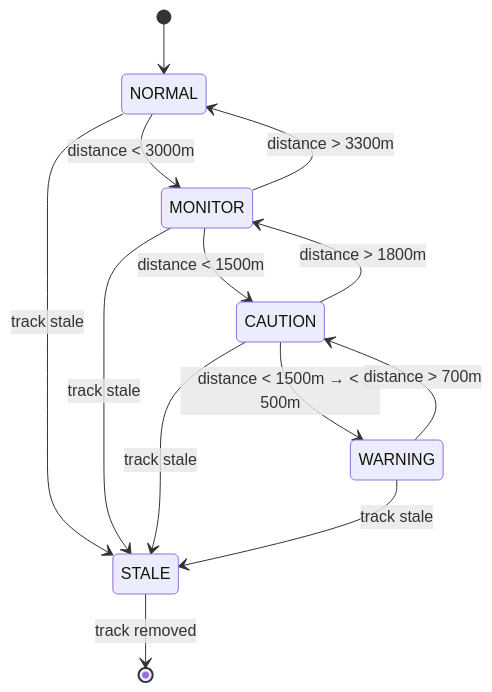
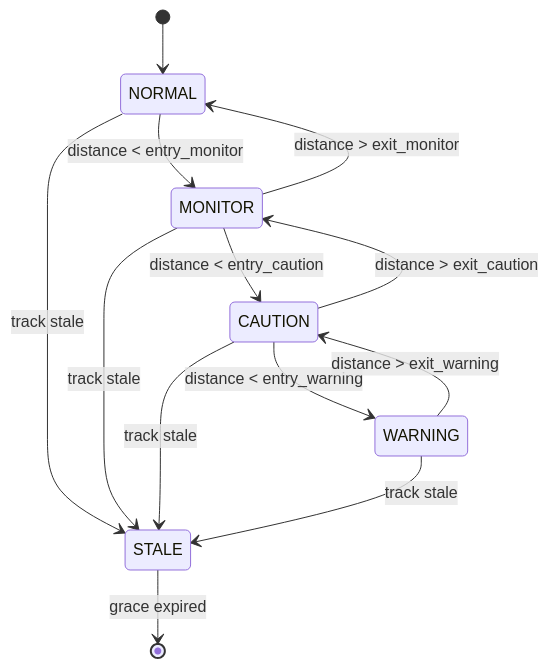
One commit to iz0qwm/drone_detector_antsdr_dronescout changed the second of 2 diagrams in tracker-mini/.kiro/specs/traffic-proximity-awareness/design.md. Above: the diagram before and after it, drawn with Mermaid. The commit also changed other lines of this file and 4 other files, not shown here.

````diff
--- a/tracker-mini/.kiro/specs/traffic-proximity-awareness/design.md
+++ b/tracker-mini/.kiro/specs/traffic-proximity-awareness/design.md
@@ -164,16 +396,16 @@
 ```mermaid
 stateDiagram-v2
     [*] --> NORMAL
-    NORMAL --> MONITOR : distance < 3000m
-    MONITOR --> CAUTION : distance < 1500m
-    CAUTION --> WARNING : distance < 1500m → < 500m
-    WARNING --> CAUTION : distance > 700m
-    CAUTION --> MONITOR : distance > 1800m
-    MONITOR --> NORMAL : distance > 3300m
+    NORMAL --> MONITOR : distance < entry_monitor
+    MONITOR --> CAUTION : distance < entry_caution
+    CAUTION --> WARNING : distance < entry_warning
+    WARNING --> CAUTION : distance > exit_warning
+    CAUTION --> MONITOR : distance > exit_caution
+    MONITOR --> NORMAL : distance > exit_monitor
     
     NORMAL --> STALE : track stale
     MONITOR --> STALE : track stale
     CAUTION --> STALE : track stale
     WARNING --> STALE : track stale
-    STALE --> [*] : track removed
+    STALE --> [*] : grace expired
 ```
````
